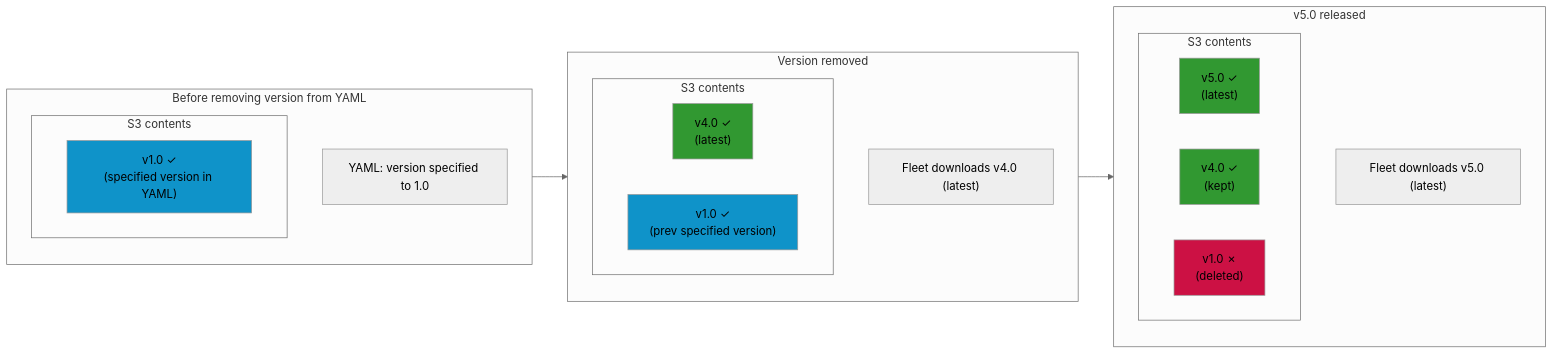
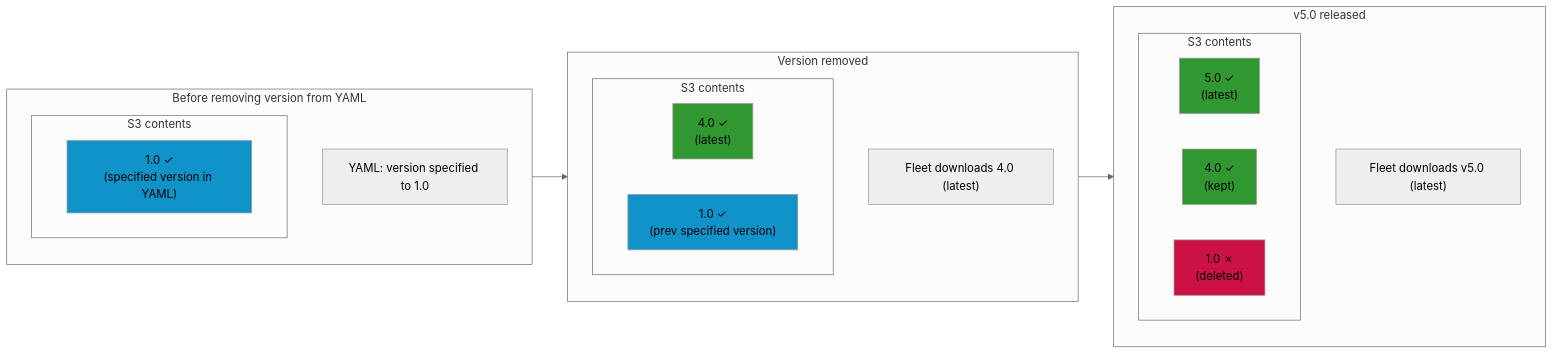
Before and after one commit to fleetdm/fleet: the third of 4 diagrams in docs/Contributing/product-groups/software/rollback-fleet-maintained-app-version.md, drawn with Mermaid (neutral theme). The commit also changed other lines of this file, not shown here.

````diff
--- a/docs/Contributing/product-groups/software/rollback-fleet-maintained-app-version.md
+++ b/docs/Contributing/product-groups/software/rollback-fleet-maintained-app-version.md
@@ -101,38 +101,38 @@
 ```mermaid
 flowchart LR
     subgraph T1["Before removing version from YAML"]
         direction TB
         S1_title["YAML: version specified to 1.0"]
         subgraph S1["S3 contents"]
-            S1_v1["v1.0 ✓<br/>(specified version in YAML)"]
+            S1_v1["1.0 ✓<br/>(specified version in YAML)"]
         end
     end
 
     subgraph T2["Version removed"]
         direction TB
-        S2_title["Fleet downloads v4.0 (latest)"]
+        S2_title["Fleet downloads 4.0 (latest)"]
         subgraph S2["S3 contents"]
-            S2_v4["v4.0 ✓<br/>(latest)"]
-            S2_v1["v1.0 ✓<br/>(prev specified version)"]
+            S2_v4["4.0 ✓<br/>(latest)"]
+            S2_v1["1.0 ✓<br/>(prev specified version)"]
         end
     end
 
     subgraph T3["v5.0 released"]
         direction TB
         S3_title["Fleet downloads v5.0 (latest)"]
         subgraph S3["S3 contents"]
-            S3_v5["v5.0 ✓<br/>(latest)"]
-            S3_v4["v4.0 ✓<br/>(kept)"]
-            S3_v1["v1.0 ✗<br/>(deleted)"]
+            S3_v5["5.0 ✓<br/>(latest)"]
+            S3_v4["4.0 ✓<br/>(kept)"]
+            S3_v1["1.0 ✗<br/>(deleted)"]
         end
     end
 
     T1 --> T2 --> T3
 
     style S1_v1 fill:#0F93C9
     style S2_v4 fill:#319831
     style S2_v1 fill:#0F93C9
     style S3_v5 fill:#319831
     style S3_v4 fill:#319831
     style S3_v1 fill:#CC1144
 ```
````
